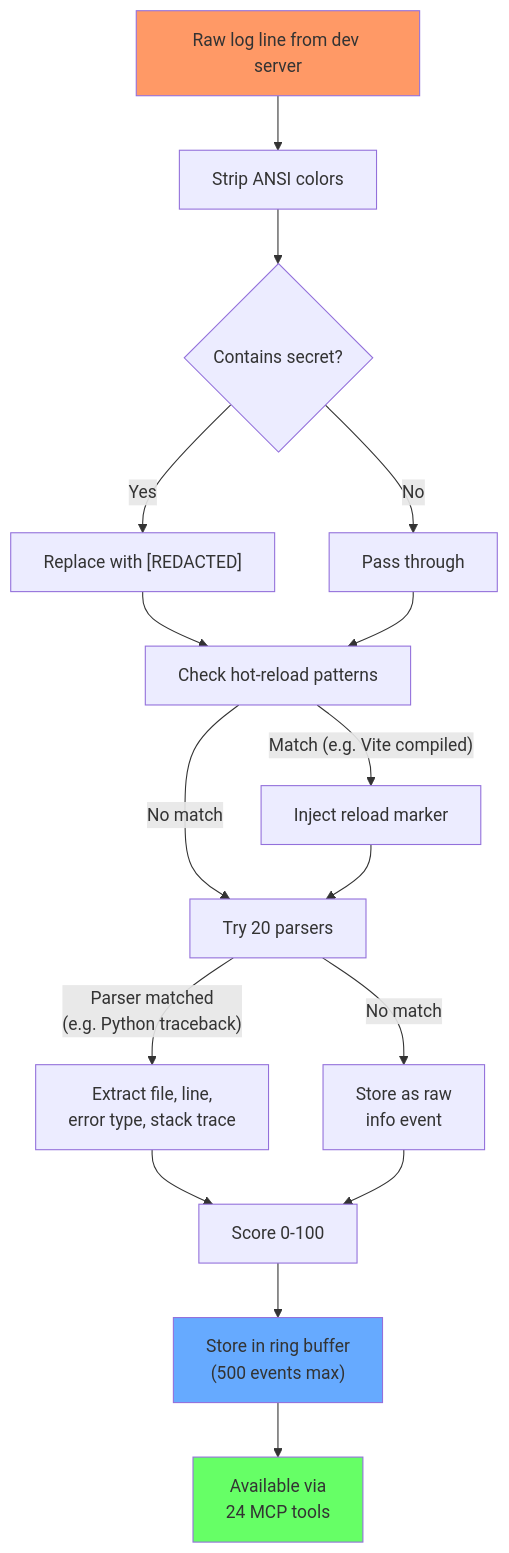
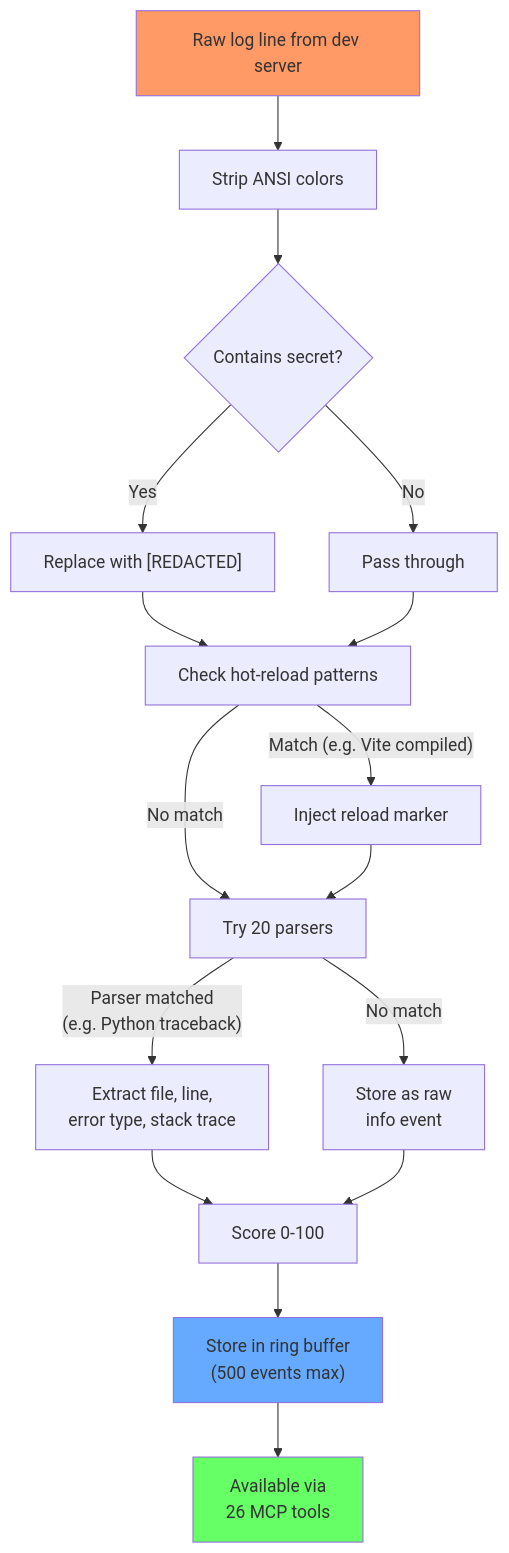
Before and after one commit to sourjya/tracepulse: the second of 4 diagrams in gitbook/architecture/how-it-works.md, drawn with Mermaid. The commit also changed 15 other files, not shown here.

````diff
--- a/gitbook/architecture/how-it-works.md
+++ b/gitbook/architecture/how-it-works.md
@@ -32,27 +32,27 @@
 ```mermaid
 graph TD
     A["Raw log line from dev server"] --> B["Strip ANSI colors"]
     B --> C{"Contains secret?"}
     C -->|Yes| D["Replace with [REDACTED]"]
     C -->|No| E["Pass through"]
     D --> F["Check hot-reload patterns"]
     E --> F
     F -->|"Match (e.g. Vite compiled)"| G["Inject reload marker"]
     F -->|No match| H["Try 20 parsers"]
     G --> H
     H -->|"Parser matched
     (e.g. Python traceback)"| I["Extract file, line,
     error type, stack trace"]
     H -->|No match| J["Store as raw
     info event"]
     I --> K["Score 0-100"]
     J --> K
     K --> L["Store in ring buffer
     (500 events max)"]
     L --> M["Available via
-    24 MCP tools"]
+    26 MCP tools"]
 
     style A fill:#f96
     style L fill:#6af
     style M fill:#6f6
 ```
````
